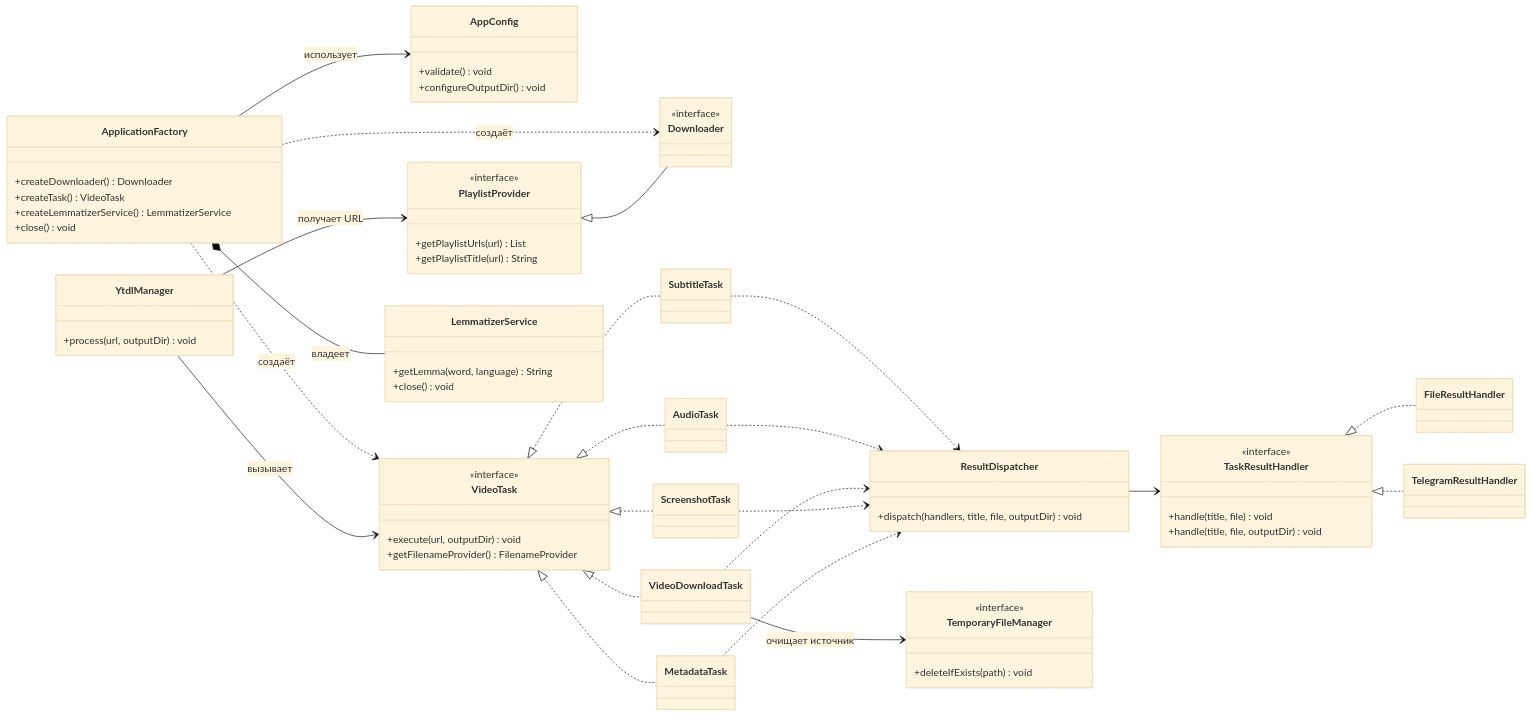
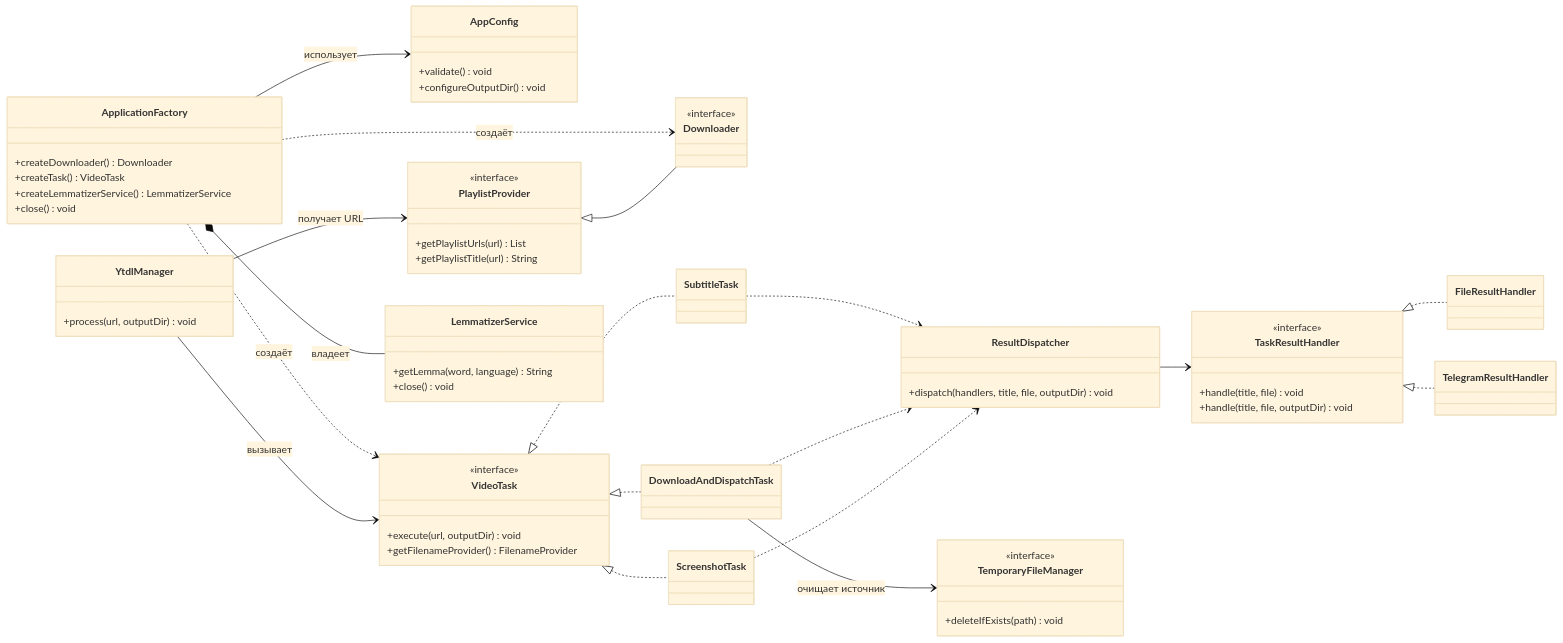
One commit to ursusandwolf/YtdlpJava changed the first of 5 diagrams in docs/UML.md. Above: the diagram before and after it, drawn with Mermaid (base theme). The commit also changed other lines of this file and 31 other files, not shown here.

````diff
--- a/docs/UML.md
+++ b/docs/UML.md
@@ -9,74 +9,68 @@
 ```mermaid
 classDiagram
     direction LR
     class AppConfig {
         +validate() void
         +configureOutputDir() void
     }
     class ApplicationFactory {
         +createDownloader() Downloader
         +createTask() VideoTask
         +createLemmatizerService() LemmatizerService
         +close() void
     }
     class YtdlManager {
         +process(url, outputDir) void
     }
     class VideoTask {
         <<interface>>
         +execute(url, outputDir) void
         +getFilenameProvider() FilenameProvider
     }
     class PlaylistProvider {
         <<interface>>
         +getPlaylistUrls(url) List
         +getPlaylistTitle(url) String
     }
     class Downloader {
         <<interface>>
     }
     class SubtitleTask
-    class AudioTask
-    class VideoDownloadTask
+    class DownloadAndDispatchTask
     class ScreenshotTask
-    class MetadataTask
     class ResultDispatcher {
         +dispatch(handlers, title, file, outputDir) void
     }
     class TaskResultHandler {
         <<interface>>
         +handle(title, file) void
         +handle(title, file, outputDir) void
     }
     class FileResultHandler
     class TelegramResultHandler
     class TemporaryFileManager {
         <<interface>>
         +deleteIfExists(path) void
     }
     class LemmatizerService {
         +getLemma(word, language) String
         +close() void
     }
     ApplicationFactory --> AppConfig : использует
     ApplicationFactory ..> VideoTask : создаёт
     ApplicationFactory ..> Downloader : создаёт
     ApplicationFactory *-- LemmatizerService : владеет
     YtdlManager --> VideoTask : вызывает
     YtdlManager --> PlaylistProvider : получает URL
     PlaylistProvider <|-- Downloader
     VideoTask <|.. SubtitleTask
-    VideoTask <|.. AudioTask
-    VideoTask <|.. VideoDownloadTask
+    VideoTask <|.. DownloadAndDispatchTask
     VideoTask <|.. ScreenshotTask
-    VideoTask <|.. MetadataTask
     SubtitleTask ..> ResultDispatcher
-    AudioTask ..> ResultDispatcher
-    VideoDownloadTask ..> ResultDispatcher
+    DownloadAndDispatchTask ..> ResultDispatcher
     ScreenshotTask ..> ResultDispatcher
-    MetadataTask ..> ResultDispatcher
     ResultDispatcher --> TaskResultHandler
     TaskResultHandler <|.. FileResultHandler
     TaskResultHandler <|.. TelegramResultHandler
-    VideoDownloadTask --> TemporaryFileManager : очищает источник
+    DownloadAndDispatchTask --> TemporaryFileManager : очищает источник
 ```
````
